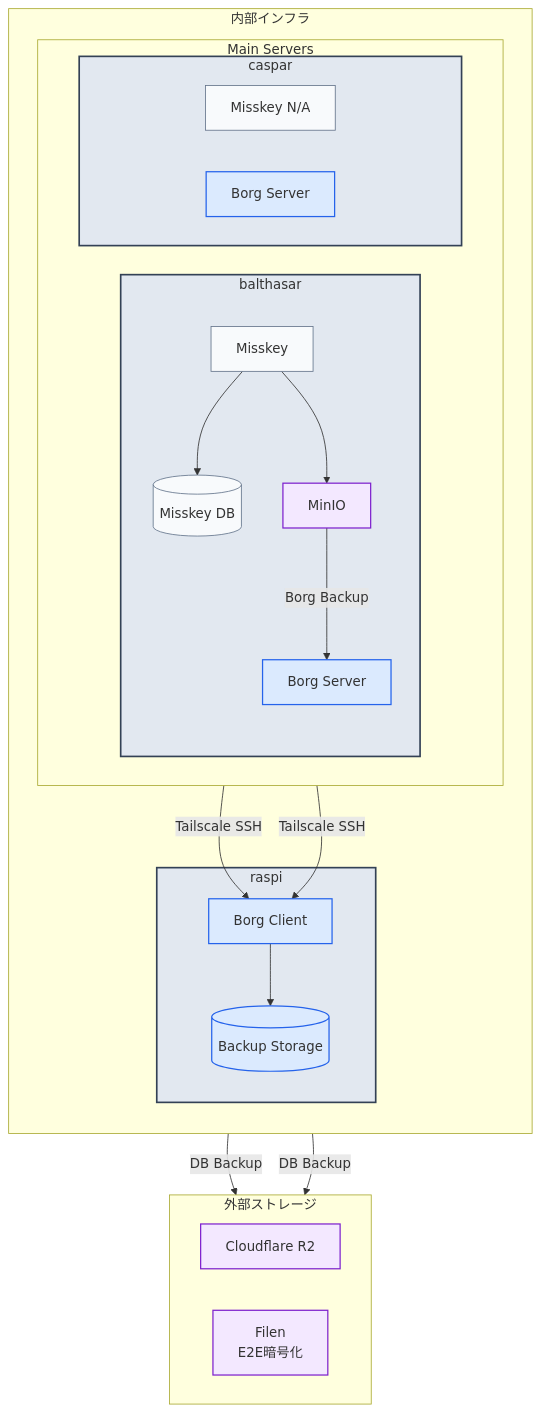
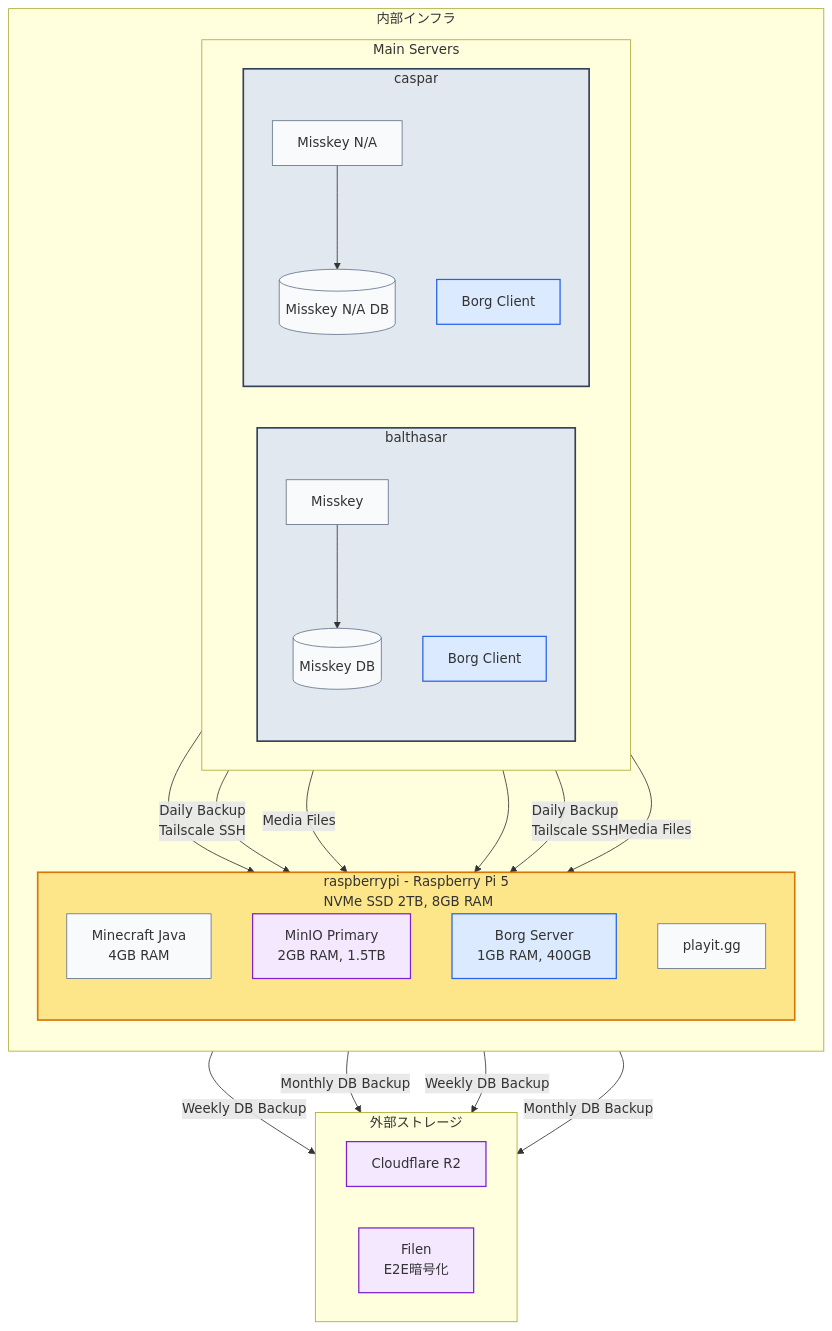
Before and after one commit to yamisskey-dev/hosted-list: the third of 4 diagrams in README.md, drawn with Mermaid. The commit also changed other lines of this file, not shown here.

````diff
--- a/README.md
+++ b/README.md
@@ -203,66 +210,76 @@
 ```mermaid
 graph TB
 %% Style definitions
 classDef homeServer fill:#e2e8f0,stroke:#334155,stroke-width:2px
 classDef service fill:#f8fafc,stroke:#64748b,stroke-width:1px
 classDef backup fill:#dbeafe,stroke:#2563eb,stroke-width:1.5px
 classDef storage fill:#f3e8ff,stroke:#7e22ce,stroke-width:1.5px
+classDef rpi fill:#fde68a,stroke:#d97706,stroke-width:2px
 
 %% External storage services
 subgraph external[外部ストレージ]
-    direction LR
-    r2[Cloudflare R2]:::storage
-    filen[Filen\nE2E暗号化]:::storage
+   direction LR
+   r2[Cloudflare R2]:::storage
+   filen[Filen\nE2E暗号化]:::storage
 end
 
 %% Support Infrastructure 
 subgraph internal[内部インフラ]
-    direction TB
-    
-    %% Borg backup server
-    subgraph raspi[raspi]
-        borg_client[Borg Client]:::backup
-        borg_data[(Backup Storage)]:::backup
-    end
-    
-    %% Main servers with backup systems
-    subgraph main_servers[Main Servers]
-        direction LR
-        
-        subgraph balthasar[balthasar]
-            direction TB
-            yamisskey[Misskey]:::service
-            yamisskey_db[(Misskey DB)]:::service
-            minio[MinIO]:::storage
-            borg_b[Borg Server]:::backup
-        end
-        
-        subgraph caspar[caspar]
-            nayamisskey[Misskey N/A]:::service
-            borg_c[Borg Server]:::backup
-        end
-    end
+   direction TB
+   
+   %% Raspberry Pi with MinIO and Backup
+   subgraph raspi[raspberrypi - Raspberry Pi 5<br/>NVMe SSD 2TB, 8GB RAM]
+       direction TB
+       minecraft[Minecraft Java<br/>4GB RAM]:::service
+       minio_main[MinIO Primary<br/>2GB RAM, 1.5TB]:::storage
+       borg_server[Borg Server<br/>1GB RAM, 400GB]:::backup
+       playig[playit.gg]:::service
+   end
+   
+   %% Main servers with backup clients
+   subgraph main_servers[Main Servers]
+       direction LR
+       
+       subgraph balthasar[balthasar]
+           direction TB
+           yamisskey[Misskey]:::service
+           yamisskey_db[(Misskey DB)]:::service
+           borg_client_b[Borg Client]:::backup
+       end
+       
+       subgraph caspar[caspar]
+           direction TB
+           nayamisskey[Misskey N/A]:::service
+           nayamisskey_db[(Misskey N/A DB)]:::service
+           borg_client_c[Borg Client]:::backup
+       end
+   end
 end
 
 %% Internal service connections
 yamisskey --> yamisskey_db
-yamisskey --> minio
+yamisskey --> minio_main
+nayamisskey --> nayamisskey_db
+nayamisskey --> minio_main
 
 %% DB backup connections to external storage
-yamisskey_db -- "DB Backup" --> r2
-yamisskey_db -- "DB Backup" --> filen
+yamisskey_db -- "Weekly DB Backup" --> r2
+yamisskey_db -- "Monthly DB Backup" --> filen
+nayamisskey_db -- "Weekly DB Backup" --> r2
+nayamisskey_db -- "Monthly DB Backup" --> filen
 
-%% MinIO backup connections (Borg only)
-minio -- "Borg Backup" --> borg_b
+%% Borg backup connections (All to raspberrypi)
+borg_client_b -- "Daily Backup<br/>Tailscale SSH" --> borg_server
+borg_client_c -- "Daily Backup<br/>Tailscale SSH" --> borg_server
 
-%% Borg backup connections
-borg_b -- "Tailscale SSH" --> borg_client
-borg_c -- "Tailscale SSH" --> borg_client
-borg_client --> borg_data
+%% MinIO connections
+yamisskey_db -- "Media Files" --> minio_main
+nayamisskey_db -- "Media Files" --> minio_main
 
 %% Apply styles
-class balthasar,caspar,raspi homeServer
-class yamisskey,nayamisskey,yamisskey_db service
-class borg_client,borg_b,borg_c,borg_data backup
-class r2,filen,minio storage
+class balthasar,caspar homeServer
+class raspi rpi
+class yamisskey,nayamisskey,yamisskey_db,nayamisskey_db,minecraft,playig service
+class borg_client_b,borg_client_c,borg_server backup
+class r2,filen,minio_main storage
 ```
````
